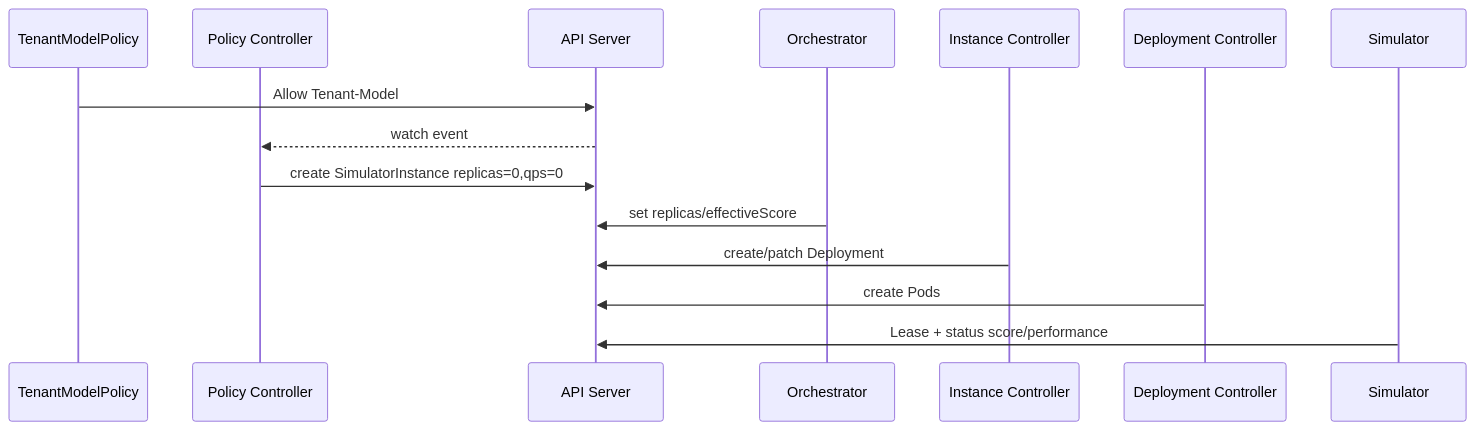
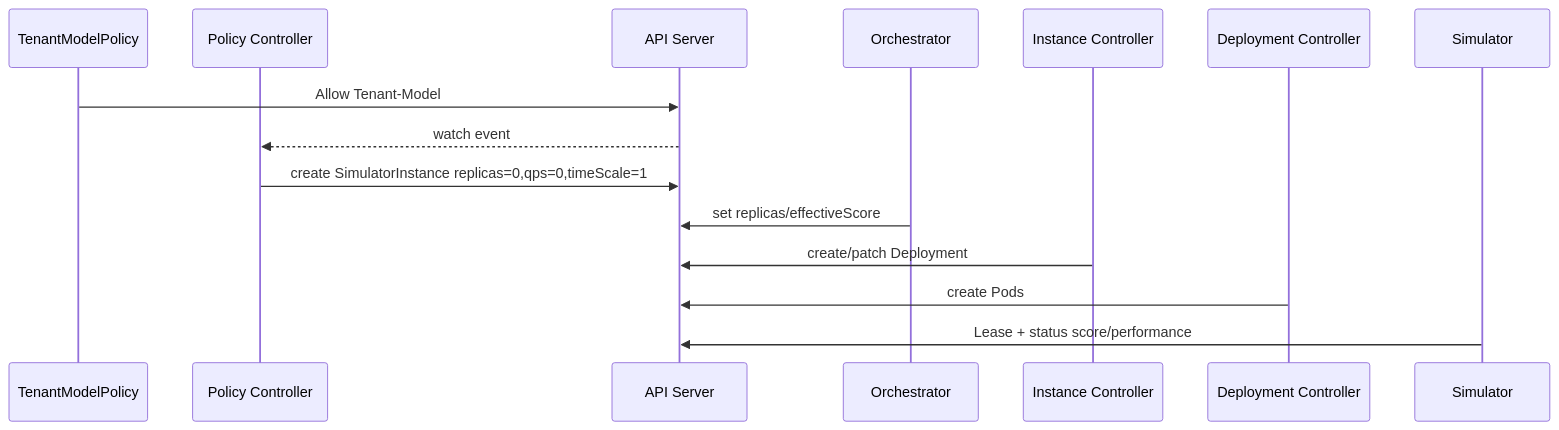
One commit to 3900563672/hello-k8s-ai changed the second of 4 diagrams in docs/kubernetes/RESOURCE_LIFECYCLE.md. Above: the diagram before and after it, drawn with Mermaid. The commit also changed other lines of this file and 86 other files, not shown here.

````diff
--- a/docs/kubernetes/RESOURCE_LIFECYCLE.md
+++ b/docs/kubernetes/RESOURCE_LIFECYCLE.md
@@ -34,17 +35,17 @@
 ```mermaid
 sequenceDiagram
   participant P as TenantModelPolicy
   participant T as Policy Controller
   participant A as API Server
   participant O as Orchestrator
   participant I as Instance Controller
   participant K as Deployment Controller
   participant S as Simulator
   P->>A: Allow Tenant-Model
   A-->>T: watch event
-  T->>A: create SimulatorInstance replicas=0,qps=0
+  T->>A: create SimulatorInstance replicas=0,qps=0,timeScale=1
   O->>A: set replicas/effectiveScore
   I->>A: create/patch Deployment
   K->>A: create Pods
   S->>A: Lease + status score/performance
 ```
````
